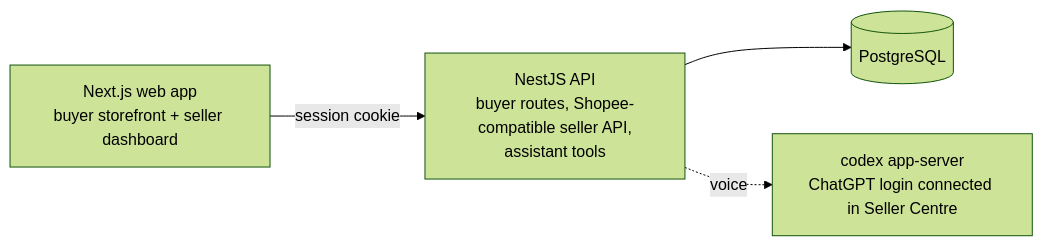
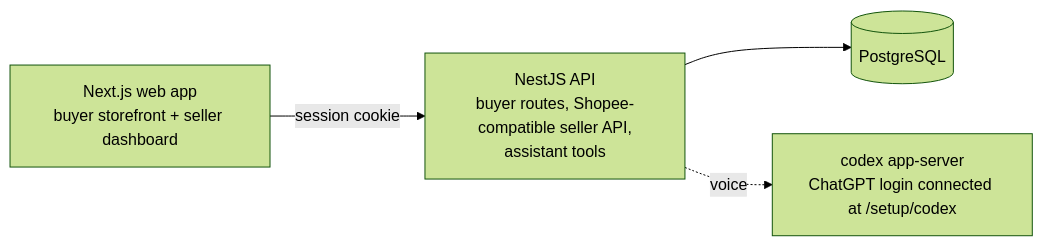
The diagram in README.md (RyanNg1403/huspee), drawn with Mermaid (forest theme) before and after one commit. The commit also changed other lines of this file and 21 other files, not shown here.

Commit message:
feat(assistant): move Codex sign-in to public setup page

````diff
--- a/README.md
+++ b/README.md
@@ -9,6 +9,6 @@
 ```mermaid
 flowchart LR
     WEB[Next.js web app<br/>buyer storefront + seller dashboard] -->|session cookie| API
     API[NestJS API<br/>buyer routes, Shopee-compatible seller API,<br/>assistant tools] --> DB[(PostgreSQL)]
-    API -.->|voice| CODEX[codex app-server<br/>ChatGPT login connected in Seller Centre]
+    API -.->|voice| CODEX[codex app-server<br/>ChatGPT login connected at /setup/codex]
 ```
````
